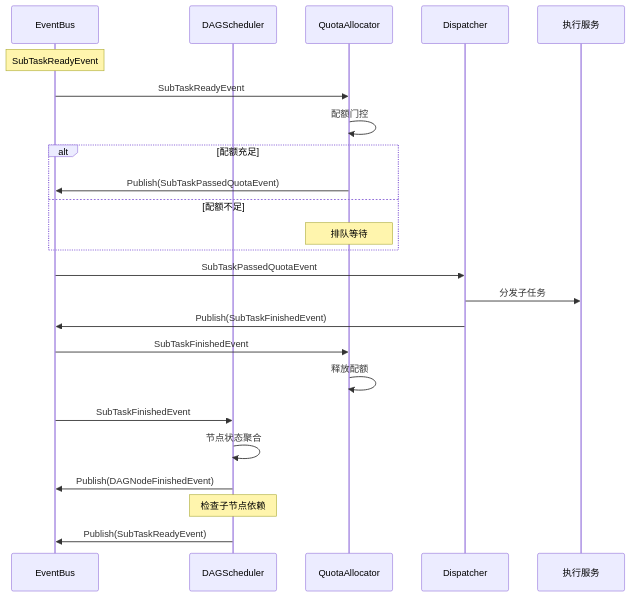
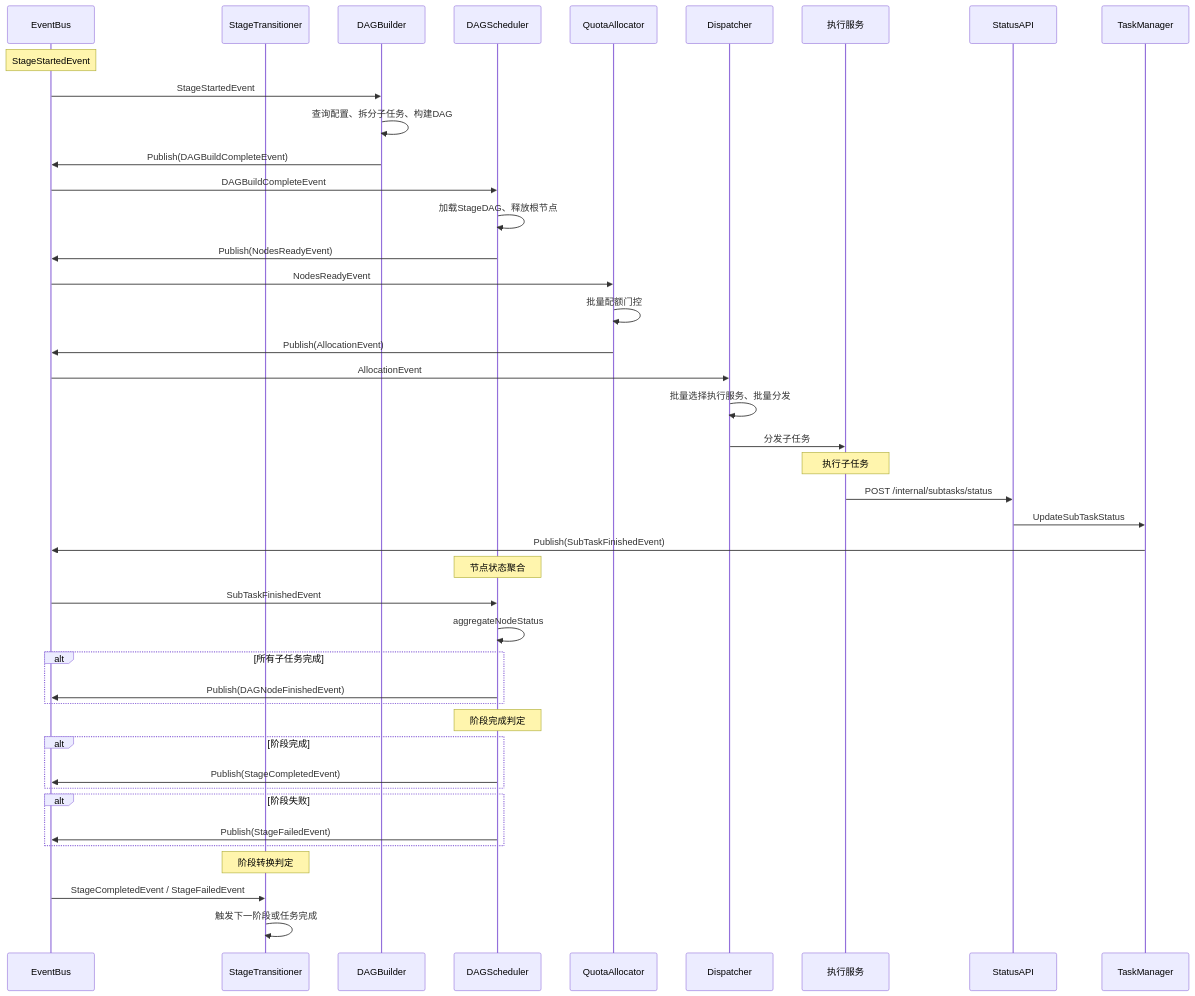
The fifth of 8 diagrams in docs/designs/模块设计文档.md (njuxumq/agent-eval-server), drawn with Mermaid before and after one commit. The commit also changed other lines of this file and 13 other files, not shown here.

````diff
--- a/docs/designs/模块设计文档.md
+++ b/docs/designs/模块设计文档.md
@@ -395,32 +444,55 @@
 ```mermaid
 sequenceDiagram
     participant EB as EventBus
+    participant ST as StageTransitioner
+    participant Builder as DAGBuilder
     participant Scheduler as DAGScheduler
     participant Quota as QuotaAllocator
     participant Dispatcher as Dispatcher
     participant Executor as 执行服务
+    participant API as StatusAPI
+    participant TM as TaskManager
 
-    Note over EB: SubTaskReadyEvent
+    Note over EB: StageStartedEvent
 
-    EB->>Quota: SubTaskReadyEvent
-    Quota->>Quota: 配额门控
-    alt 配额充足
-        Quota->>EB: Publish(SubTaskPassedQuotaEvent)
-    else 配额不足
-        Note over Quota: 排队等待
+    EB->>Builder: StageStartedEvent
+    Builder->>Builder: 查询配置、拆分子任务、构建DAG
+    Builder->>EB: Publish(DAGBuildCompleteEvent)
+
+    EB->>Scheduler: DAGBuildCompleteEvent
+    Scheduler->>Scheduler: 加载StageDAG、释放根节点
+    Scheduler->>EB: Publish(NodesReadyEvent)
+
+    EB->>Quota: NodesReadyEvent
+    Quota->>Quota: 批量配额门控
+    Quota->>EB: Publish(AllocationEvent)
+
+    EB->>Dispatcher: AllocationEvent
+    Dispatcher->>Dispatcher: 批量选择执行服务、批量分发
+    Dispatcher->>Executor: 分发子任务
+
+    Note over Executor: 执行子任务
+
+    Executor->>API: POST /internal/subtasks/status
+    API->>TM: UpdateSubTaskStatus
+    TM->>EB: Publish(SubTaskFinishedEvent)
+
+    Note over Scheduler: 节点状态聚合
+    EB->>Scheduler: SubTaskFinishedEvent
+    Scheduler->>Scheduler: aggregateNodeStatus
+    alt 所有子任务完成
+        Scheduler->>EB: Publish(DAGNodeFinishedEvent)
     end
 
-    EB->>Dispatcher: SubTaskPassedQuotaEvent
-    Dispatcher->>Executor: 分发子任务
-    Dispatcher->>EB: Publish(SubTaskFinishedEvent)
+    Note over Scheduler: 阶段完成判定
+    alt 阶段完成
+        Scheduler->>EB: Publish(StageCompletedEvent)
+    end
+    alt 阶段失败
+        Scheduler->>EB: Publish(StageFailedEvent)
+    end
 
-    EB->>Quota: SubTaskFinishedEvent
-    Quota->>Quota: 释放配额
-
-    EB->>Scheduler: SubTaskFinishedEvent
-    Scheduler->>Scheduler: 节点状态聚合
-    Scheduler->>EB: Publish(DAGNodeFinishedEvent)
-
-    Note over Scheduler: 检查子节点依赖
-    Scheduler->>EB: Publish(SubTaskReadyEvent)
+    Note over ST: 阶段转换判定
+    EB->>ST: StageCompletedEvent / StageFailedEvent
+    ST->>ST: 触发下一阶段或任务完成
 ```
````
